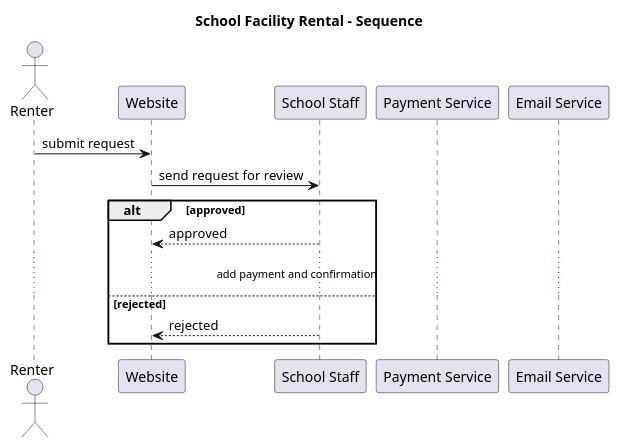
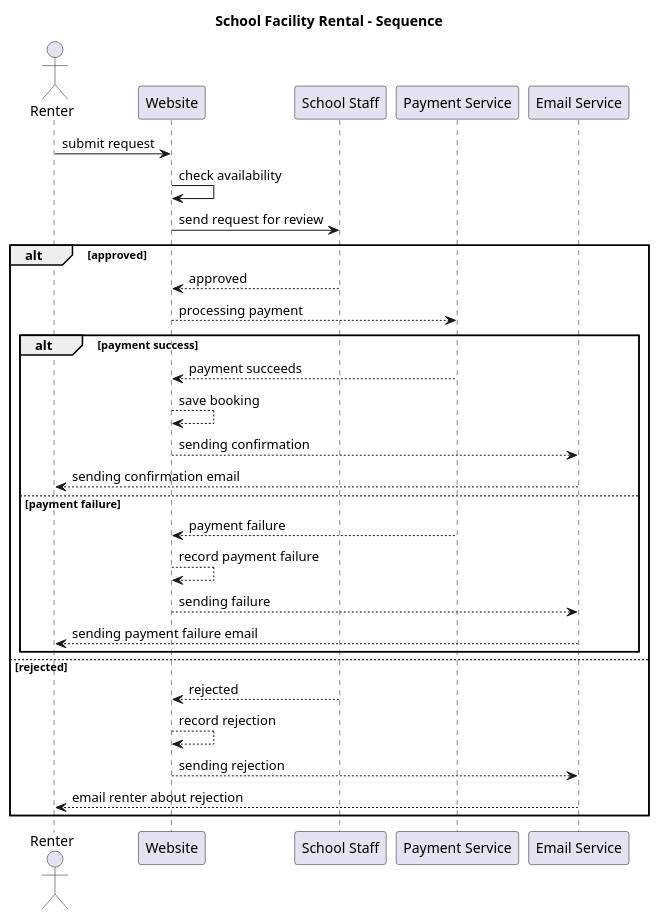
Before and after one commit to jeff-reff/Homework-6: the diagram in src/Task2Sequence.puml, drawn with PlantUML. The commit also changed other lines of this file, not shown here.

Commit message:
Complete sequence diagram

```diff
--- a/src/Task2Sequence.puml
+++ b/src/Task2Sequence.puml
@@ -19,16 +1,32 @@
 @startuml
+'https://plantuml.com/sequence-diagram
 title School Facility Rental - Sequence
 actor Renter
 participant Website
 participant "School Staff" as Staff
 participant "Payment Service" as Pay
 participant "Email Service" as Email
 Renter -> Website: submit request
+Website -> Website: check availability
 Website -> Staff: send request for review
 alt approved
 Staff --> Website: approved
-... add payment and confirmation ...
+Website --> Pay: processing payment
+alt payment success
+Pay --> Website: payment succeeds
+Website --> Website: save booking
+Website --> Email: sending confirmation
+Email --> Renter: sending confirmation email
+else payment failure
+Pay --> Website: payment failure
+Website --> Website: record payment failure
+Website --> Email: sending failure
+Email --> Renter: sending payment failure email
+end
 else rejected
 Staff --> Website: rejected
+Website --> Website: record rejection
+Website --> Email: sending rejection
+Email --> Renter: email renter about rejection
 end
 @enduml
```
